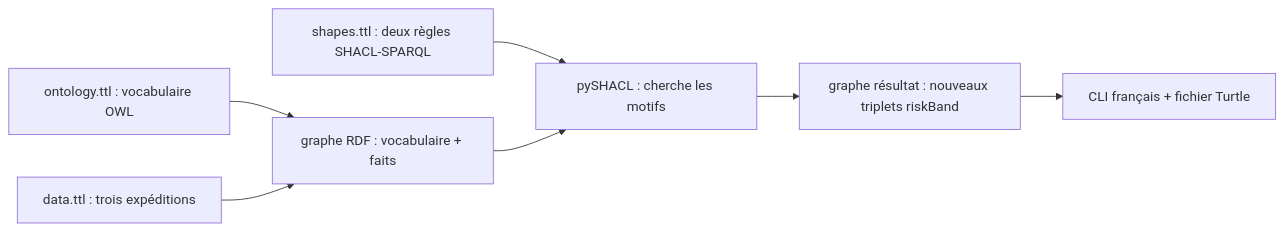
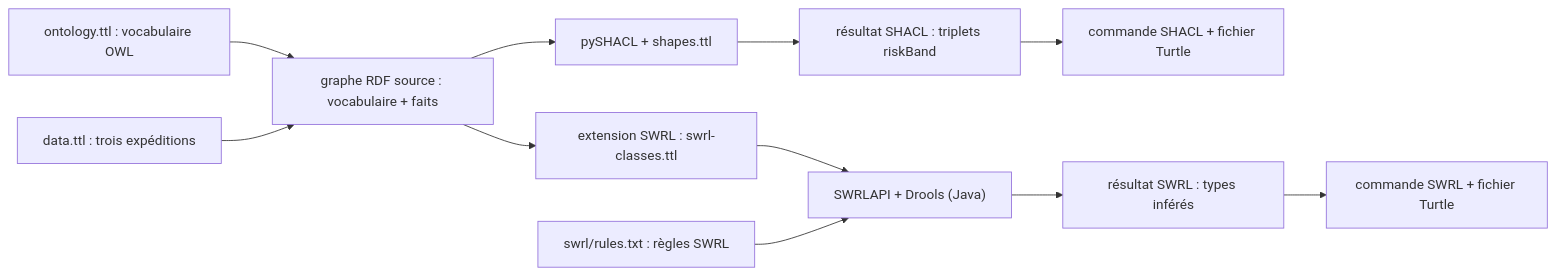
The diagram in docs/guide-pedagogique.md (Kekhermes/retail-owl-shacl-poc), drawn with Mermaid before and after one commit. The commit also changed other lines of this file and 17 other files, not shown here.

````diff
--- a/docs/guide-pedagogique.md
+++ b/docs/guide-pedagogique.md
@@ -19,9 +19,13 @@
 ```mermaid
 flowchart LR
-    O["ontology.ttl : vocabulaire OWL"] --> D["graphe RDF : vocabulaire + faits"]
-    A["data.ttl : trois expéditions"] --> D
-    S["shapes.ttl : deux règles SHACL-SPARQL"] --> E["pySHACL : cherche les motifs"]
-    D --> E
-    E --> R["graphe résultat : nouveaux triplets riskBand"]
-    R --> C["CLI français + fichier Turtle"]
+    O["ontology.ttl : vocabulaire OWL"] --> G["graphe RDF source : vocabulaire + faits"]
+    A["data.ttl : trois expéditions"] --> G
+    G --> P["pySHACL + shapes.ttl"]
+    P --> R["résultat SHACL : triplets riskBand"]
+    R --> C["commande SHACL + fichier Turtle"]
+    G --> X["extension SWRL : swrl-classes.ttl"]
+    X --> J["SWRLAPI + Drools (Java)"]
+    S["swrl/rules.txt : règles SWRL"] --> J
+    J --> I["résultat SWRL : types inférés"]
+    I --> W["commande SWRL + fichier Turtle"]
 ```
````
